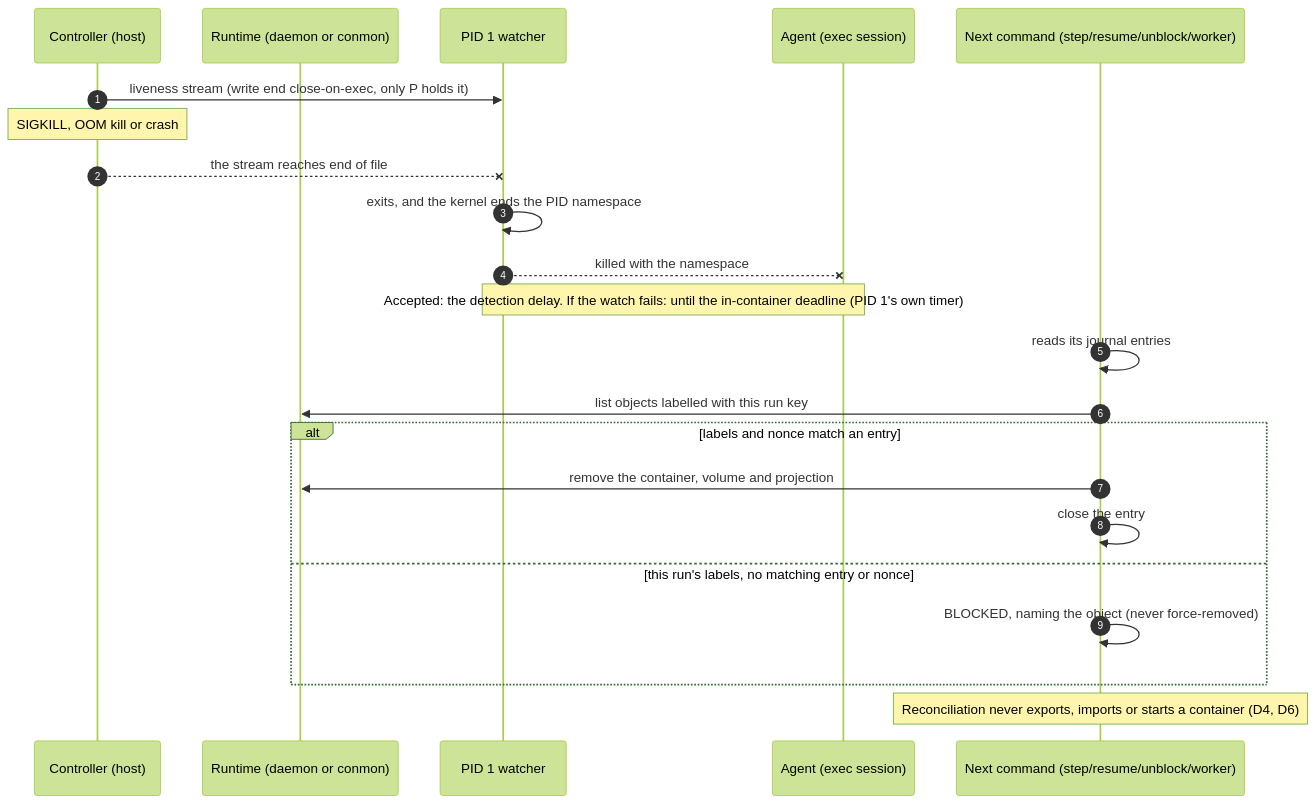
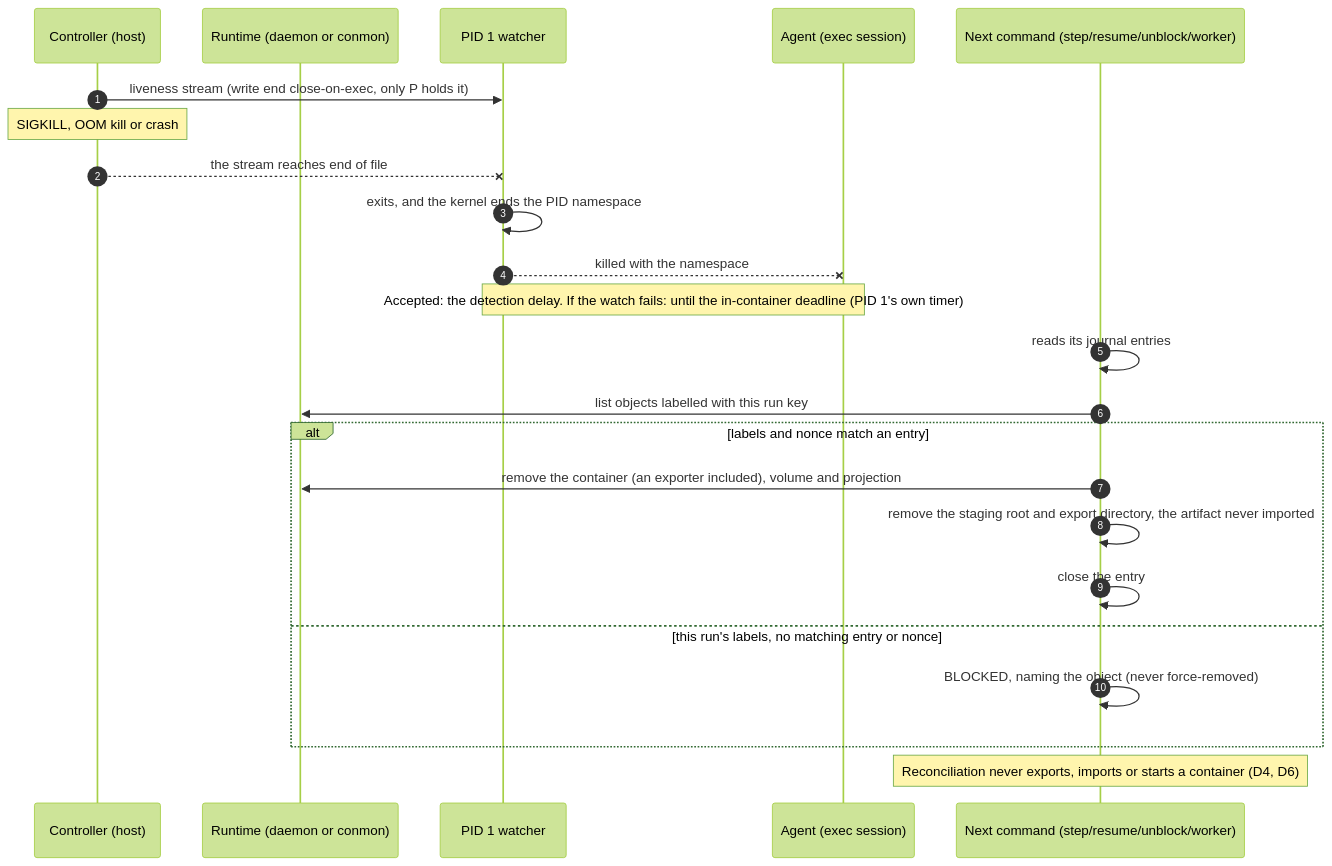
Before and after one commit to iceboundrock/AutoForge: the second of 3 diagrams in docs/adr/0013-container-sandbox-backend-lifecycle-trust-boundaries-and-rollout.md, drawn with Mermaid (forest theme). The commit also changed other lines of this file and 1 other file, not shown here.

````diff
--- a/docs/adr/0013-container-sandbox-backend-lifecycle-trust-boundaries-and-rollout.md
+++ b/docs/adr/0013-container-sandbox-backend-lifecycle-trust-boundaries-and-rollout.md
@@ -1192,24 +1331,25 @@
 ```mermaid
 sequenceDiagram
     autonumber
     participant P as Controller (host)
     participant R as Runtime (daemon or conmon)
     participant W as PID 1 watcher
     participant A as Agent (exec session)
     participant N as Next command (step/resume/unblock/worker)
     P->>W: liveness stream (write end close-on-exec, only P holds it)
     Note over P: SIGKILL, OOM kill or crash
     P--xW: the stream reaches end of file
     W->>W: exits, and the kernel ends the PID namespace
     W--xA: killed with the namespace
     Note over W,A: Accepted: the detection delay. If the watch fails: until the in-container deadline (PID 1's own timer)
     N->>N: reads its journal entries
     N->>R: list objects labelled with this run key
     alt labels and nonce match an entry
-        N->>R: remove the container, volume and projection
+        N->>R: remove the container (an exporter included), volume and projection
+        N->>N: remove the staging root and export directory, the artifact never imported
         N->>N: close the entry
     else this run's labels, no matching entry or nonce
         N->>N: BLOCKED, naming the object (never force-removed)
     end
     Note over N: Reconciliation never exports, imports or starts a container (D4, D6)
 ```
````
